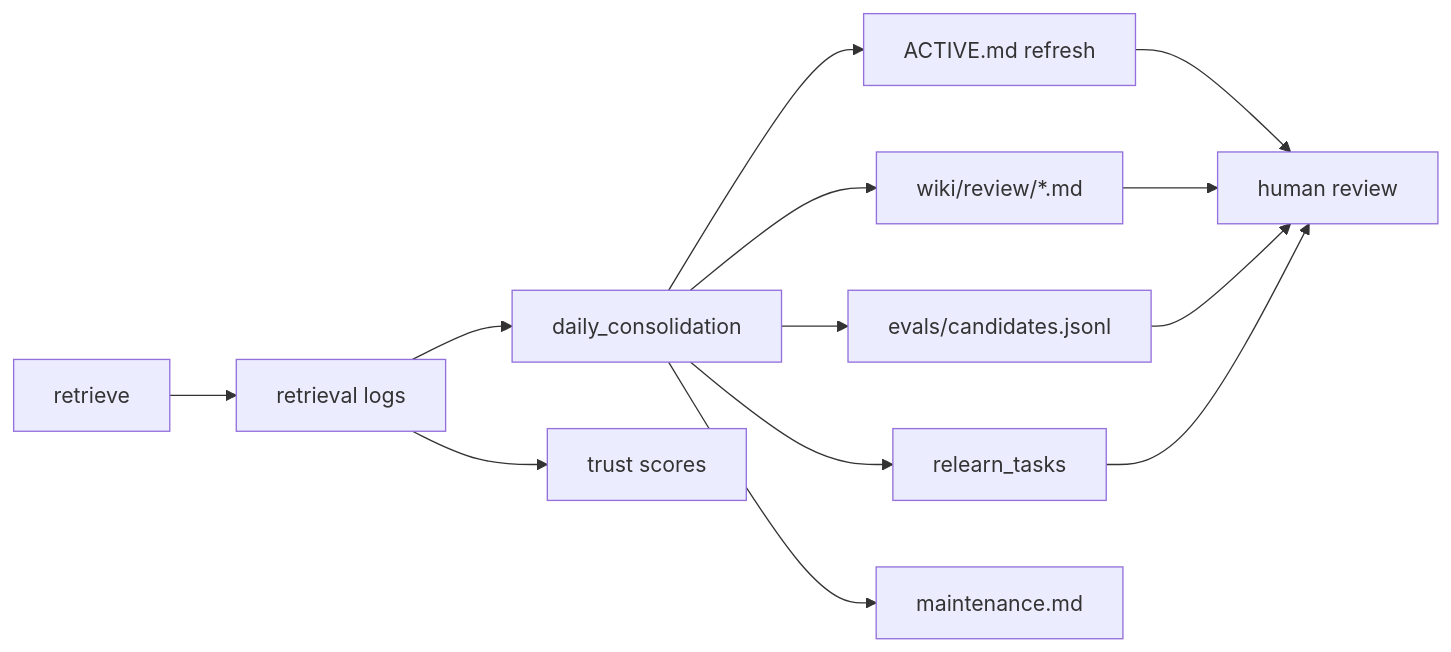
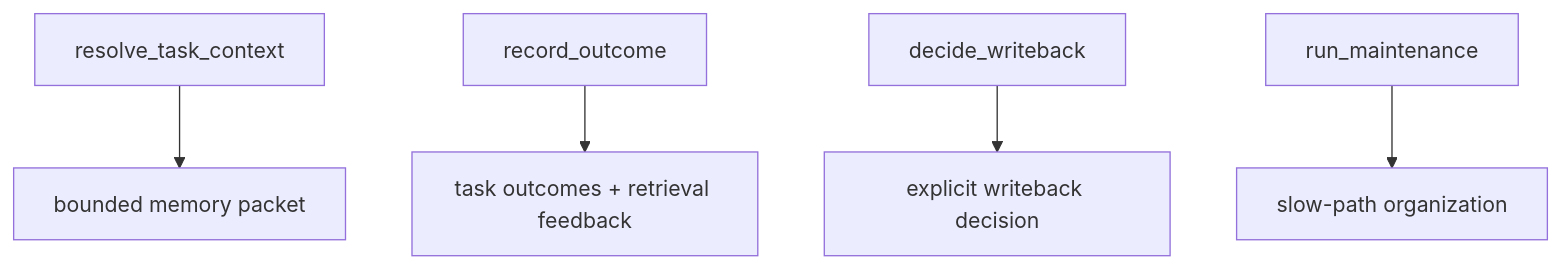
Before and after one commit to Jianyu010/MnemonicOS: the sixth of 8 diagrams in README.md, drawn with Mermaid. The commit also changed other lines of this file and 15 other files, not shown here.

````diff
--- a/README.md
+++ b/README.md
@@ -133,15 +175,7 @@
 ```mermaid
-flowchart LR
-    Q["retrieve"] --> L["retrieval logs"]
-    L --> J["daily_consolidation"]
-    L --> T["trust scores"]
-    J --> A["ACTIVE.md refresh"]
-    J --> R["wiki/review/*.md"]
-    J --> K["relearn_tasks"]
-    J --> E["evals/candidates.jsonl"]
-    J --> M["maintenance.md"]
-    A --> H["human review"]
-    R --> H
-    E --> H
-    K --> H
+flowchart TD
+    A["resolve_task_context"] --> B["bounded memory packet"]
+    C["record_outcome"] --> D["task outcomes + retrieval feedback"]
+    E["decide_writeback"] --> F["explicit writeback decision"]
+    G["run_maintenance"] --> H["slow-path organization"]
 ```
````
